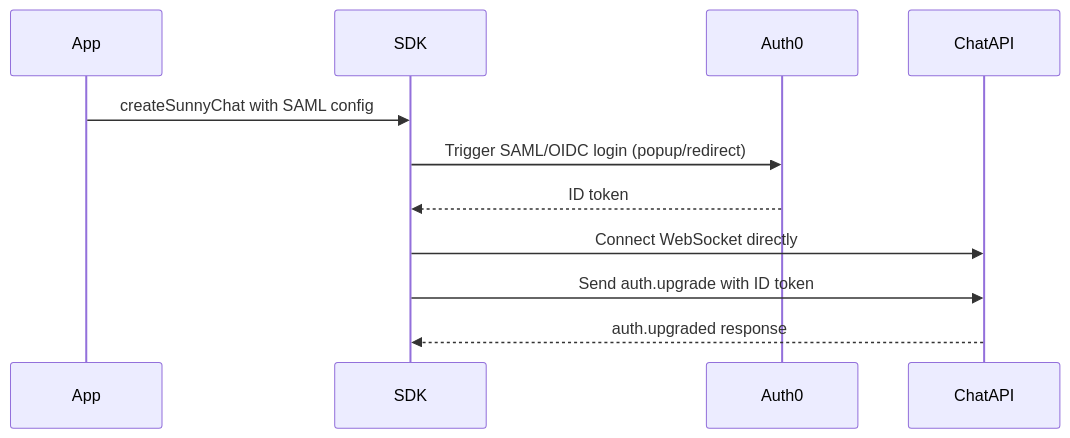
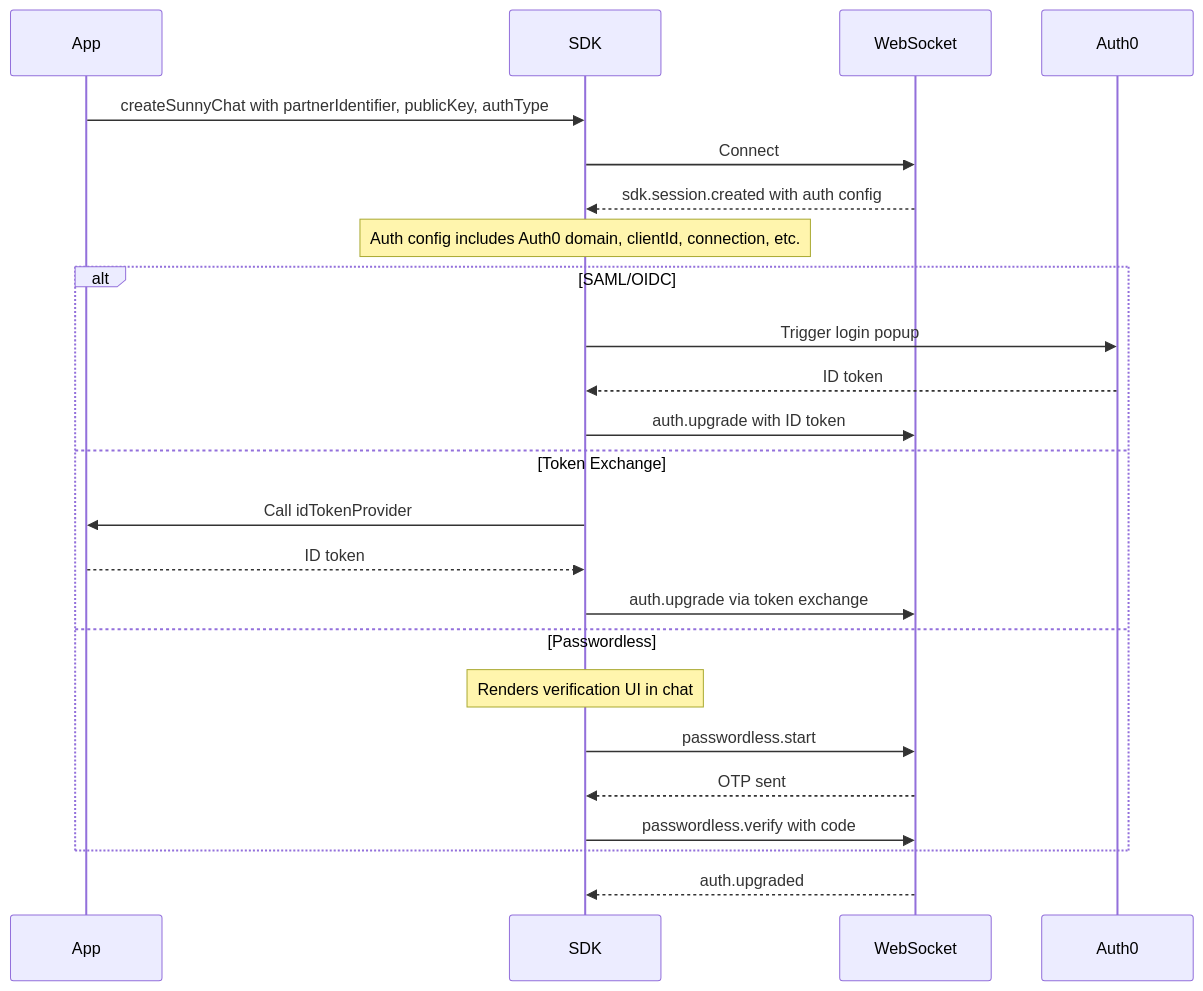
The first of 2 diagrams in fern/docs/pages/capabilities/authentication.mdx (sunnyhealthai/docs), drawn with Mermaid before and after one commit. The commit also changed other lines of this file and 21 other files, not shown here.

````diff
--- a/fern/docs/pages/capabilities/authentication.mdx
+++ b/fern/docs/pages/capabilities/authentication.mdx
@@ -107,14 +132,29 @@
 ```mermaid
 sequenceDiagram
     participant App
     participant SDK
+    participant WebSocket
     participant Auth0
-    participant ChatAPI
 
-    App->>SDK: createSunnyChat with SAML config
-    SDK->>Auth0: Trigger SAML/OIDC login (popup/redirect)
-    Auth0-->>SDK: ID token
-    SDK->>ChatAPI: Connect WebSocket directly
-    SDK->>ChatAPI: Send auth.upgrade with ID token
-    ChatAPI-->>SDK: auth.upgraded response
+    App->>SDK: createSunnyChat with partnerIdentifier, publicKey, authType
+    SDK->>WebSocket: Connect
+    WebSocket-->>SDK: sdk.session.created with auth config
+    Note over SDK: Auth config includes Auth0 domain, clientId, connection, etc.
+
+    alt SAML/OIDC
+        SDK->>Auth0: Trigger login popup
+        Auth0-->>SDK: ID token
+        SDK->>WebSocket: auth.upgrade with ID token
+    else Token Exchange
+        SDK->>App: Call idTokenProvider
+        App-->>SDK: ID token
+        SDK->>WebSocket: auth.upgrade via token exchange
+    else Passwordless
+        Note over SDK: Renders verification UI in chat
+        SDK->>WebSocket: passwordless.start
+        WebSocket-->>SDK: OTP sent
+        SDK->>WebSocket: passwordless.verify with code
+    end
+
+    WebSocket-->>SDK: auth.upgraded
 ```
````
